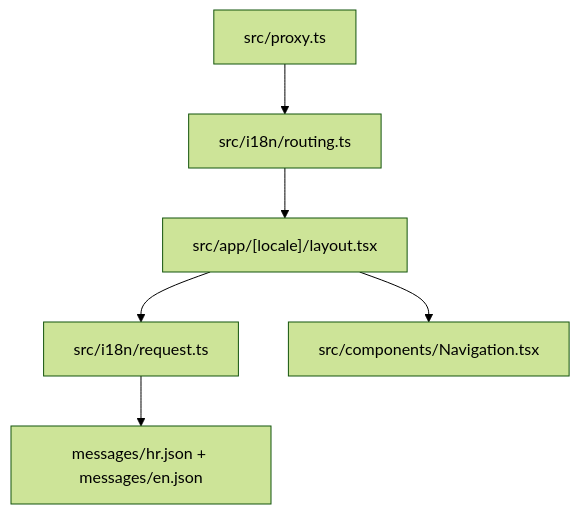
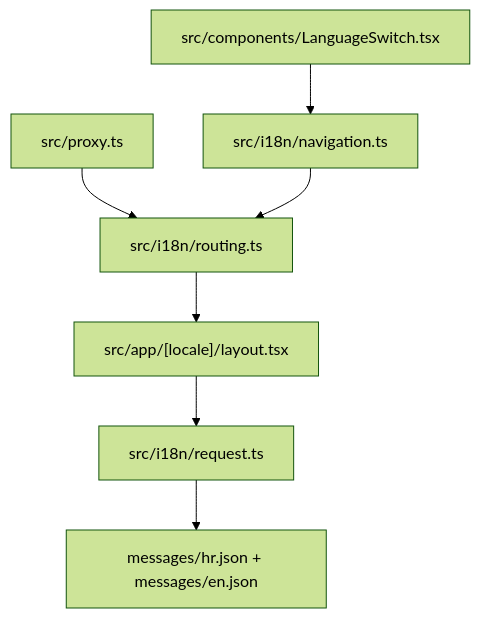
One commit to ipavic933-spec/website-pavic changed the diagram in lode/i18n/summary.md. Above: the diagram before and after it, drawn with Mermaid (forest theme). The commit also changed other lines of this file and 6 other files, not shown here.

````diff
--- a/lode/i18n/summary.md
+++ b/lode/i18n/summary.md
@@ -11,8 +11,9 @@
 ```mermaid
 flowchart TD
   Proxy["src/proxy.ts"] --> Routing["src/i18n/routing.ts"]
   Routing --> LocaleLayout["src/app/[locale]/layout.tsx"]
   LocaleLayout --> Request["src/i18n/request.ts"]
   Request --> Messages["messages/hr.json + messages/en.json"]
-  LocaleLayout --> Navigation["src/components/Navigation.tsx"]
+  LanguageSwitch["src/components/LanguageSwitch.tsx"] --> NavigationHelpers["src/i18n/navigation.ts"]
+  NavigationHelpers --> Routing
 ```
````
